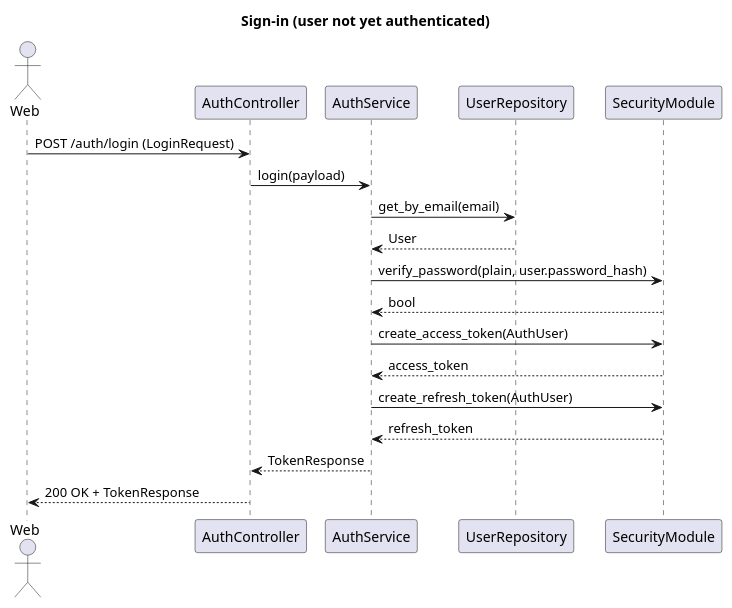
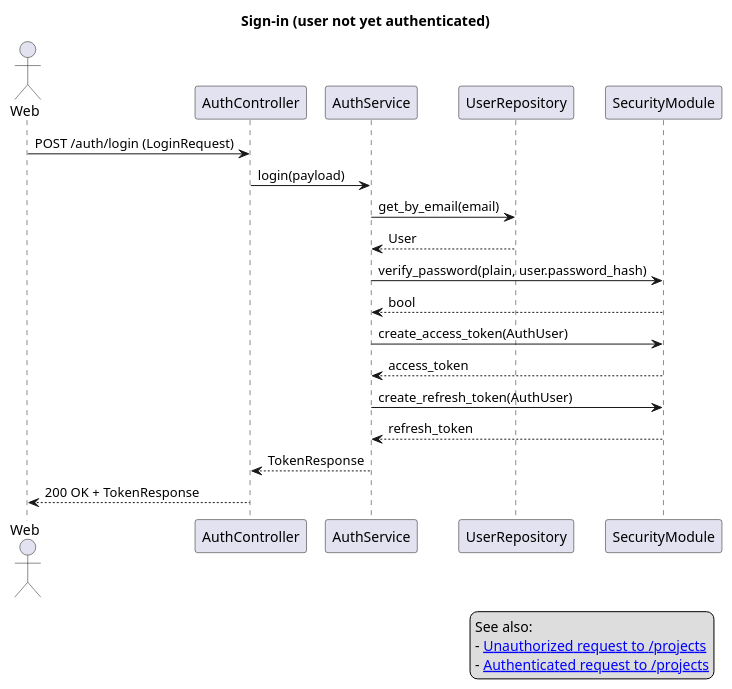
The diagram in architecture/auth/sign-in-no-auth.puml (lukasijus/mlv1sion), drawn with PlantUML before and after one commit. The commit also changed 5 other files, not shown here.

```diff
--- a/architecture/auth/sign-in-no-auth.puml
+++ b/architecture/auth/sign-in-no-auth.puml
@@ -2,27 +2,32 @@
 @startuml
 title Sign-in (user not yet authenticated)
 
 actor Web as Web
 participant "AuthController" as AuthCtl
 participant "AuthService" as AuthSvc
 participant "UserRepository" as UserRepo
 participant "SecurityModule" as Sec
 
 Web -> AuthCtl : POST /auth/login (LoginRequest)
 AuthCtl -> AuthSvc : login(payload)
 
 AuthSvc -> UserRepo : get_by_email(email)
 UserRepo --> AuthSvc : User
 
 AuthSvc -> Sec : verify_password(plain, user.password_hash)
 Sec --> AuthSvc : bool
 
 AuthSvc -> Sec : create_access_token(AuthUser)
 Sec --> AuthSvc : access_token
 AuthSvc -> Sec : create_refresh_token(AuthUser)
 Sec --> AuthSvc : refresh_token
 
 AuthSvc --> AuthCtl : TokenResponse
 AuthCtl --> Web : 200 OK + TokenResponse
 
+legend right
+  See also:
+  - [[unauthorized.svg Unauthorized request to /projects]]
+  - [[logged-in-get-projects.svg Authenticated request to /projects]]
+end legend
 @enduml
```
